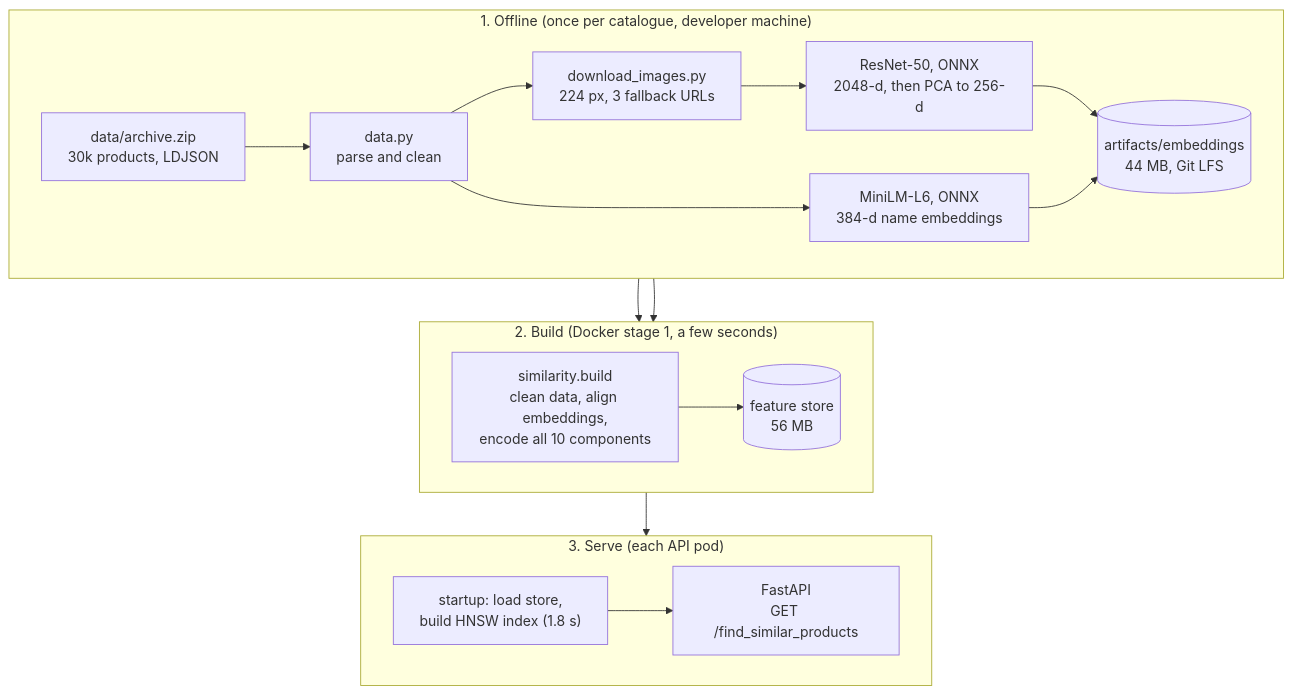
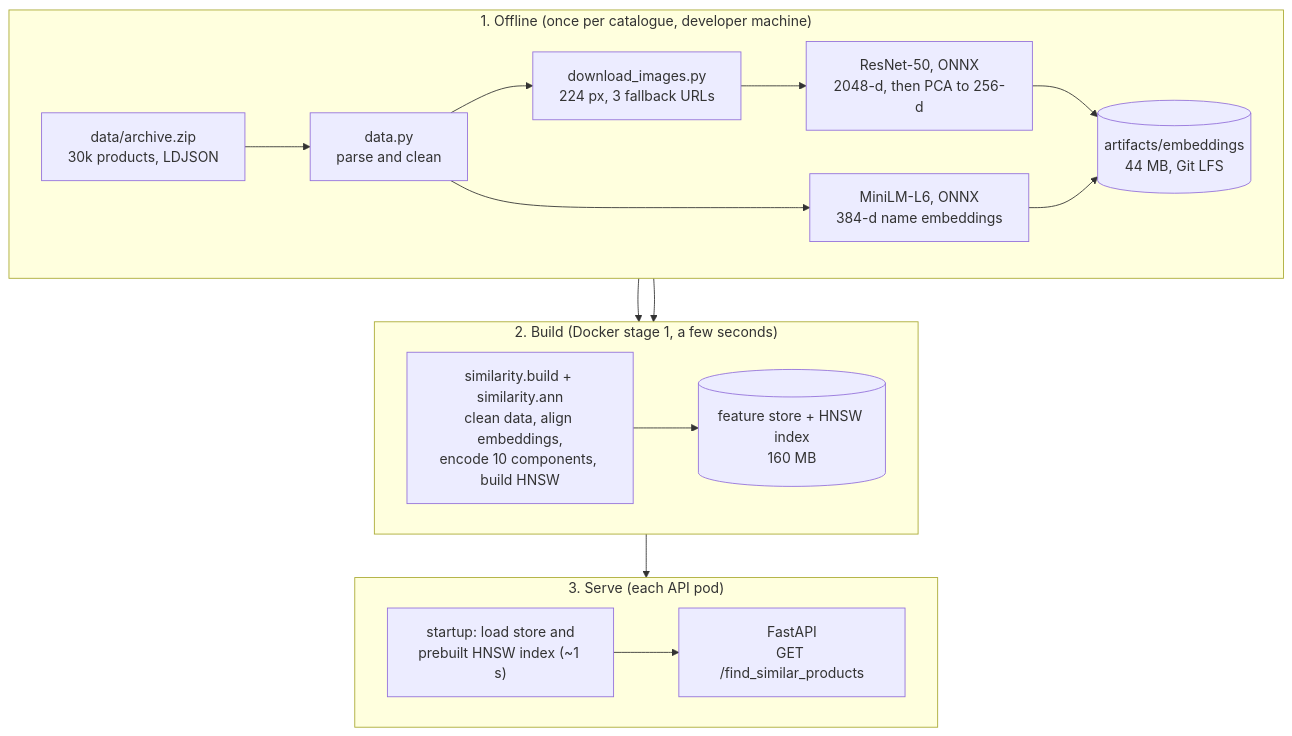
One commit to FairosMirza/sap-cxii-tech-ex-01_base changed the first of 3 diagrams in docs/REPORT.md. Above: the diagram before and after it, drawn with Mermaid. The commit also changed other lines of this file and 8 other files, not shown here.

First line of the commit message:
Build the HNSW index at image build time to fix pod restart loops

````diff
--- a/docs/REPORT.md
+++ b/docs/REPORT.md
@@ -75,23 +75,23 @@
 ```mermaid
 flowchart TB
   subgraph OFF["1. Offline (once per catalogue, developer machine)"]
     direction LR
     RAW["data/archive.zip<br/>30k products, LDJSON"] --> LOAD["data.py<br/>parse and clean"]
     LOAD --> IMG["download_images.py<br/>224 px, 3 fallback URLs"]
     IMG --> RES["ResNet-50, ONNX<br/>2048-d, then PCA to 256-d"]
     LOAD --> TXT["MiniLM-L6, ONNX<br/>384-d name embeddings"]
     RES --> EMB[("artifacts/embeddings<br/>44 MB, Git LFS")]
     TXT --> EMB
   end
   subgraph BUILD["2. Build (Docker stage 1, a few seconds)"]
     direction LR
-    FS["similarity.build<br/>clean data, align embeddings,<br/>encode all 10 components"] --> STORE[("feature store<br/>56 MB")]
+    FS["similarity.build + similarity.ann<br/>clean data, align embeddings,<br/>encode 10 components, build HNSW"] --> STORE[("feature store + HNSW index<br/>160 MB")]
   end
   subgraph SERVE["3. Serve (each API pod)"]
     direction LR
-    START["startup: load store,<br/>build HNSW index (1.8 s)"] --> API["FastAPI<br/>GET /find_similar_products"]
+    START["startup: load store and<br/>prebuilt HNSW index (~1 s)"] --> API["FastAPI<br/>GET /find_similar_products"]
   end
   RAW --> FS
   EMB --> FS
   STORE --> START
 ```
````
